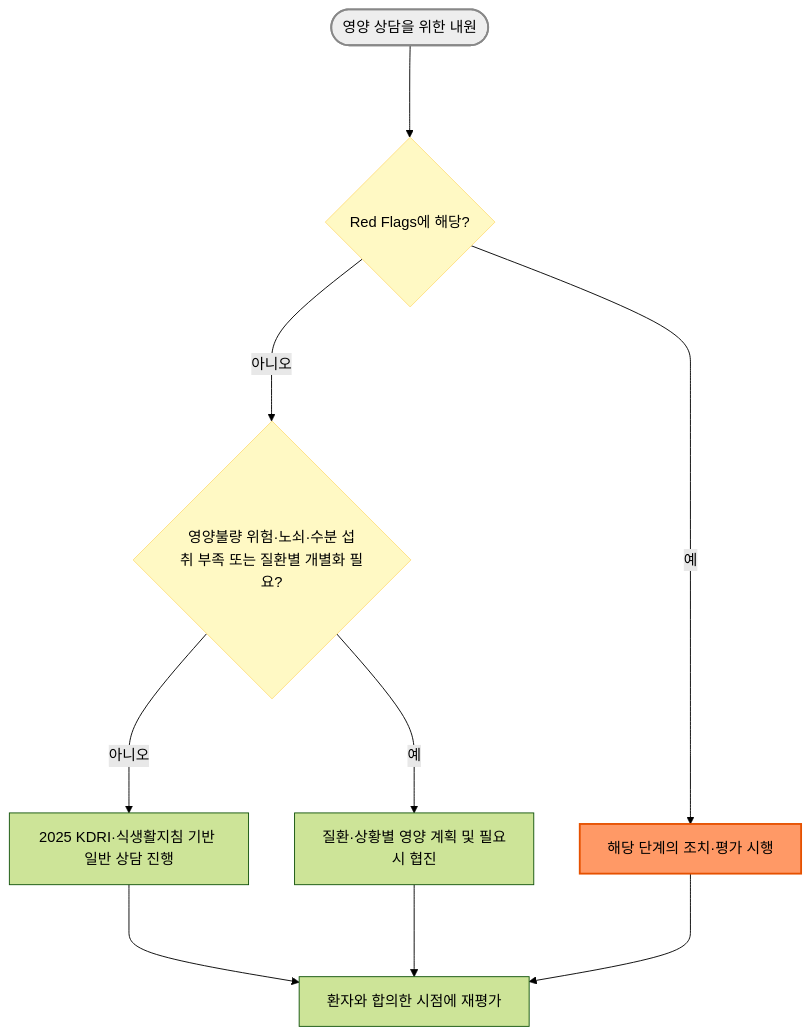
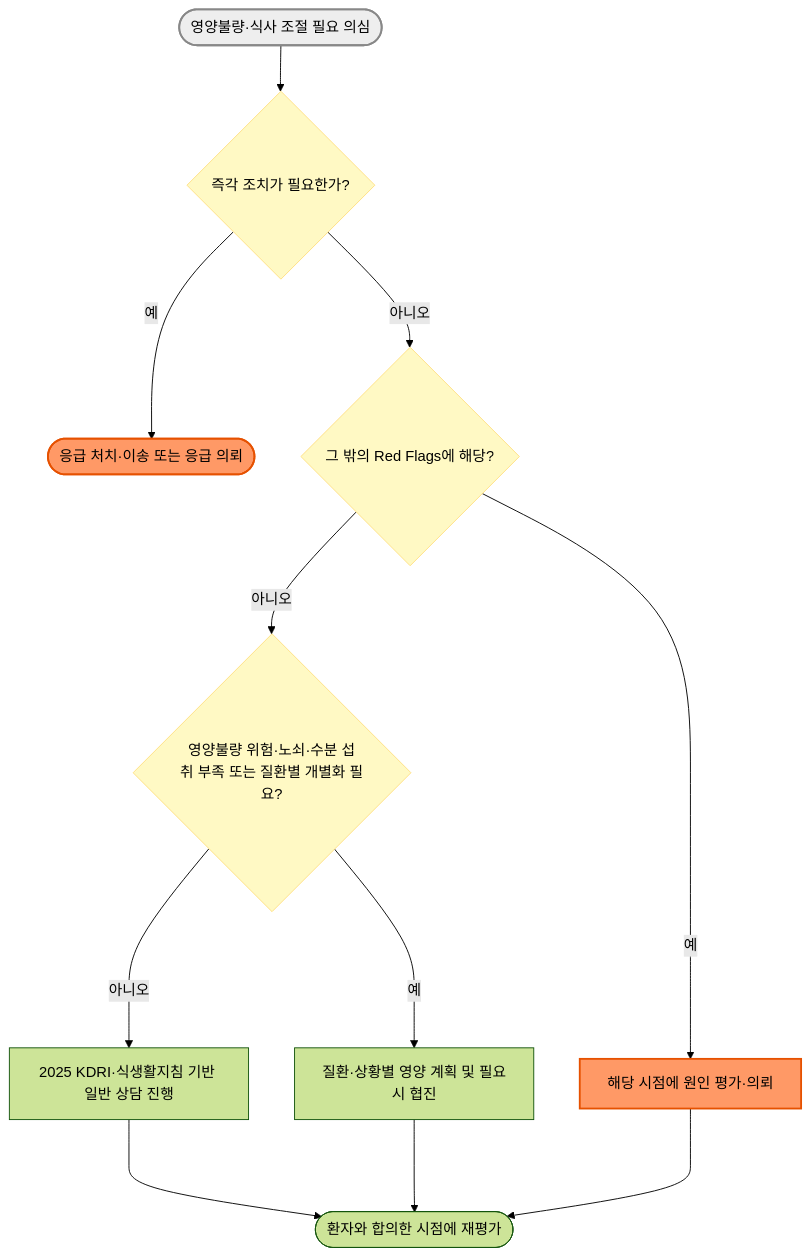
One commit to familyoh77/familyoh77 changed the diagram in 231_/217_-nutritiondiet-guideline.md. Above: the diagram before and after it, drawn with Mermaid (forest theme). The commit also changed other lines of this file and 9 other files, not shown here.

````diff
--- a/231_/217_-nutritiondiet-guideline.md
+++ b/231_/217_-nutritiondiet-guideline.md
@@ -45,15 +46,19 @@
 ```mermaid
 graph TD
-    Start([영양 상담을 위한 내원]) ---> Screen{"Red Flags에 해당?"}
-    Screen --->|예| Refer["해당 단계의 조치·평가 시행"]
-    Screen --->|아니오| Chronic{"영양불량 위험·노쇠·수분 섭취 부족 또는 질환별 개별화 필요?"}
+    Start(["영양불량·식사 조절 필요 의심"]) --> Emergency{"즉각 조치가 필요한가?"}
+    Emergency -->|예| Urgent(["응급 처치·이송 또는 응급 의뢰"])
+    Emergency -->|아니오| Screen{"그 밖의 Red Flags에 해당?"}
+    Screen -->|예| Refer["해당 시점에 원인 평가·의뢰"]
+    Screen -->|아니오| Chronic{"영양불량 위험·노쇠·수분 섭취 부족 또는 질환별 개별화 필요?"}
     Chronic --->|예| Individualize["질환·상황별 영양 계획 및 필요시 협진"]
     Chronic --->|아니오| General["2025 KDRI·식생활지침 기반 일반 상담 진행"]
-    General ---> FollowUp["환자와 합의한 시점에 재평가"]
+    General ---> FollowUp(["환자와 합의한 시점에 재평가"])
     Individualize ---> FollowUp
     Refer ---> FollowUp
     style Start fill:#eeeeee,stroke:#888888,stroke-width:2px
+    style Emergency fill:#fff9c4,stroke:#ffe082
+    style Urgent fill:#f96,stroke:#e65100,stroke-width:2px
     style Screen fill:#fff9c4,stroke:#ffe082
     style Chronic fill:#fff9c4,stroke:#ffe082
     style Refer fill:#f96,stroke:#e65100,stroke-width:2px
 ```
````
